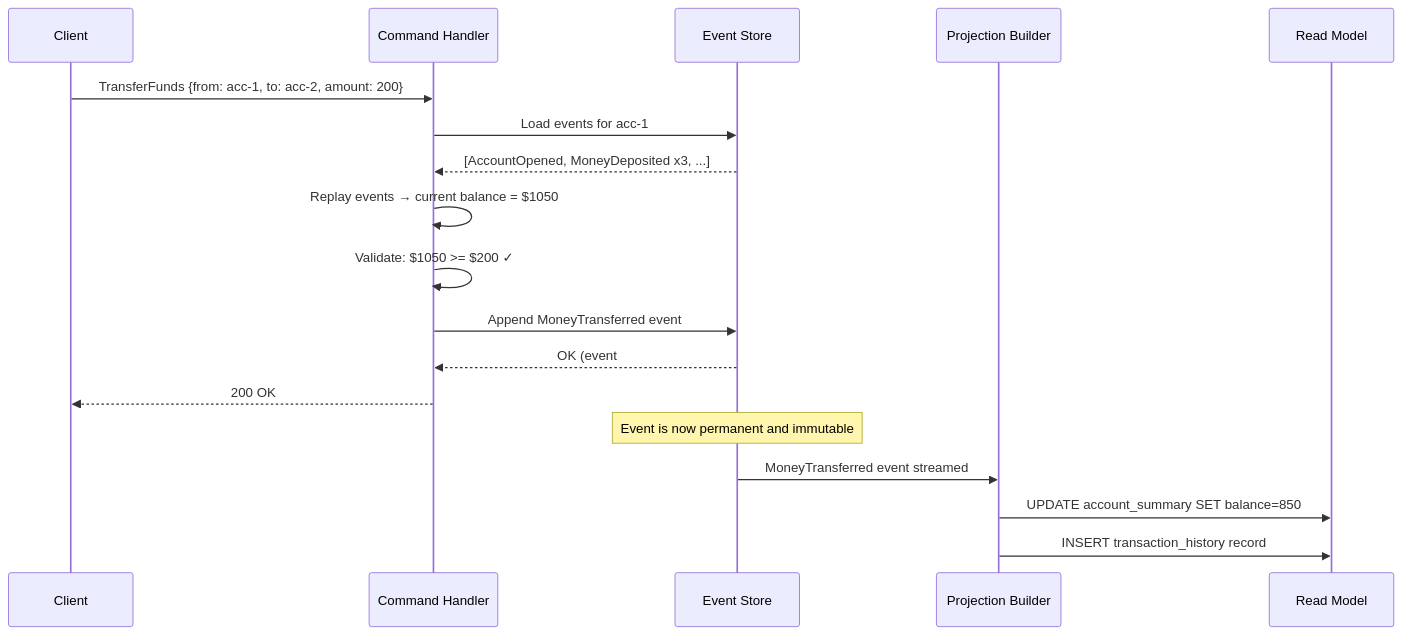
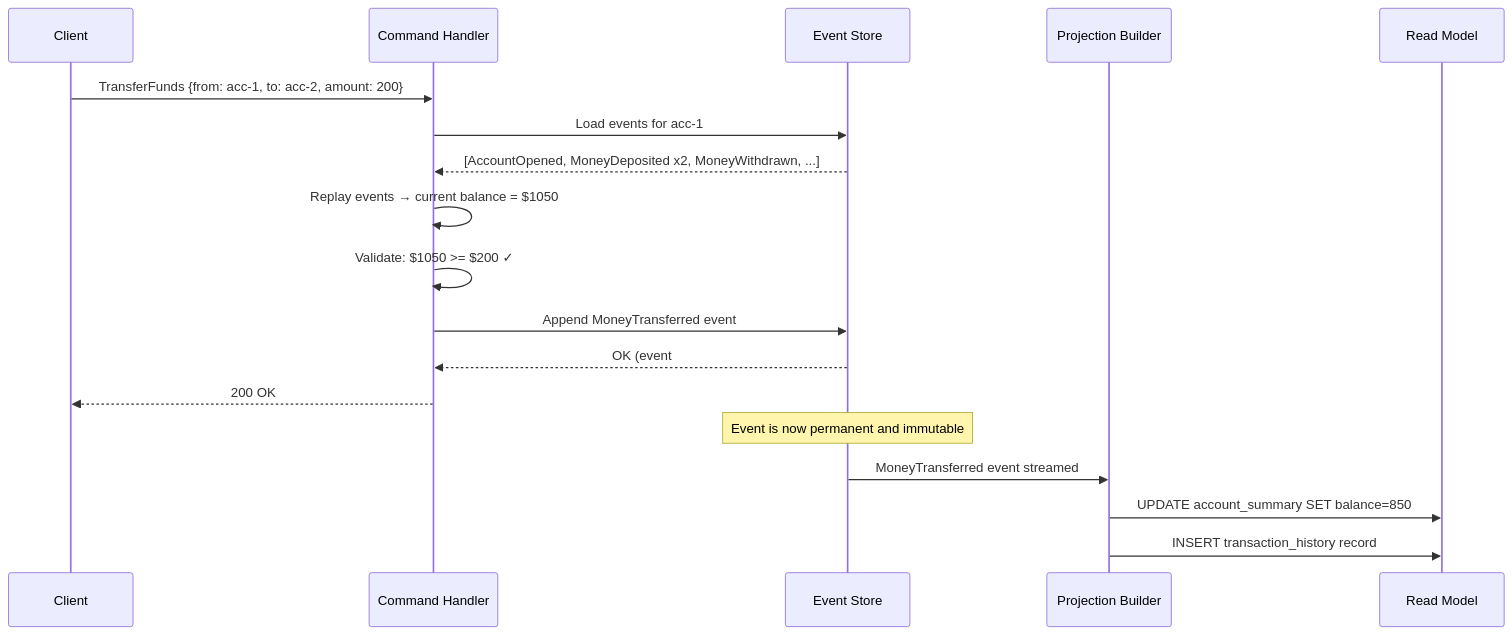
The second of 4 diagrams in Level-05-Architecture-Patterns/03-CQRS-and-Event-Sourcing/README.md (Ankan1998/learn-system-design), drawn with Mermaid before and after one commit. The commit also changed other lines of this file and 139 other files, not shown here.

````diff
--- a/Level-05-Architecture-Patterns/03-CQRS-and-Event-Sourcing/README.md
+++ b/Level-05-Architecture-Patterns/03-CQRS-and-Event-Sourcing/README.md
@@ -107,23 +107,23 @@
 ```mermaid
 sequenceDiagram
     participant C as Client
     participant CH as Command Handler
     participant ES as Event Store
     participant PR as Projection Builder
     participant RM as Read Model
 
     C->>CH: TransferFunds {from: acc-1, to: acc-2, amount: 200}
     CH->>ES: Load events for acc-1
-    ES-->>CH: [AccountOpened, MoneyDeposited x3, ...]
+    ES-->>CH: [AccountOpened, MoneyDeposited x2, MoneyWithdrawn, ...]
     CH->>CH: Replay events → current balance = $1050
     CH->>CH: Validate: $1050 >= $200 ✓
     CH->>ES: Append MoneyTransferred event
     ES-->>CH: OK (event #47 written)
     CH-->>C: 200 OK
 
     Note over ES: Event is now permanent and immutable
 
     ES->>PR: MoneyTransferred event streamed
     PR->>RM: UPDATE account_summary SET balance=850
     PR->>RM: INSERT transaction_history record
 ```
````
